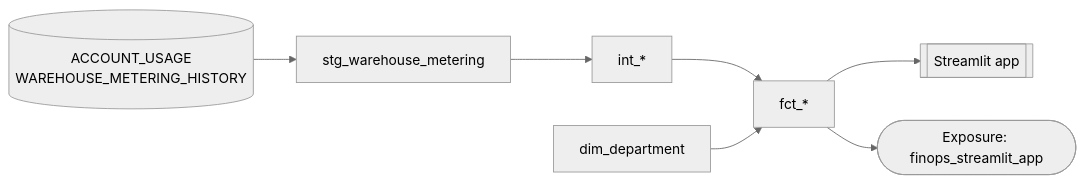
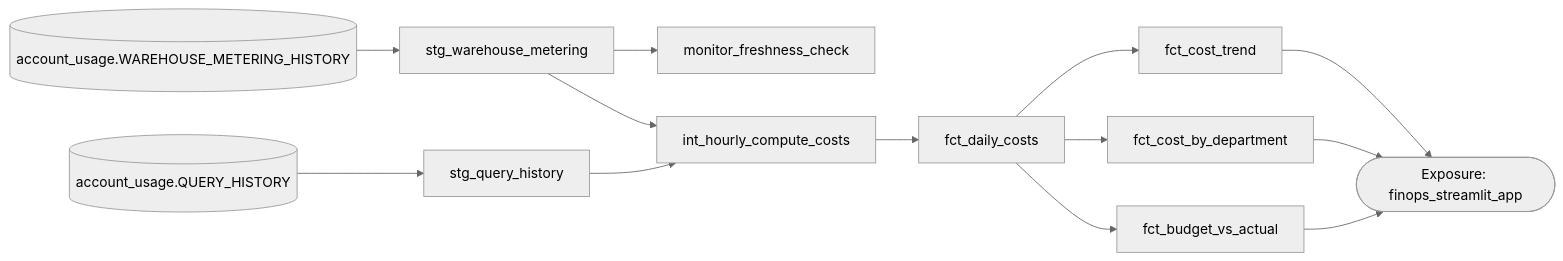
One commit to mcgrath-dylan/finops-dbt changed the diagram in README.md. Above: the diagram before and after it, drawn with Mermaid (neutral theme). The commit also changed other lines of this file and 5 other files, not shown here.

````diff
--- a/README.md
+++ b/README.md
@@ -73,14 +75,25 @@
 ```mermaid
 flowchart LR
-  AU[(ACCOUNT_USAGE<br/>WAREHOUSE_METERING_HISTORY)]
-  STG[stg_warehouse_metering]
-  INT[int_*]
-  FCT[fct_*]
-  DIM[dim_department]
-  APP[[Streamlit app]]
+  W[(account_usage.WAREHOUSE_METERING_HISTORY)]
+  Q[(account_usage.QUERY_HISTORY)]
+  STG1[stg_warehouse_metering]
+  STG2[stg_query_history]
+  MON[monitor_freshness_check]
+  INT[int_hourly_compute_costs]
+  FCT[fct_daily_costs]
+  TREND[fct_cost_trend]
+  BYDEP[fct_cost_by_department]
+  BUD[fct_budget_vs_actual]
   EXP([Exposure: finops_streamlit_app])
 
-  AU --> STG --> INT --> FCT --> APP
-  DIM --> FCT
-  FCT --> EXP
+  W --> STG1 --> MON
+  STG1 --> INT
+  Q --> STG2 --> INT
+  INT --> FCT
+  FCT --> TREND
+  FCT --> BYDEP
+  FCT --> BUD
+  TREND --> EXP
+  BYDEP --> EXP
+  BUD --> EXP
 ```
````
